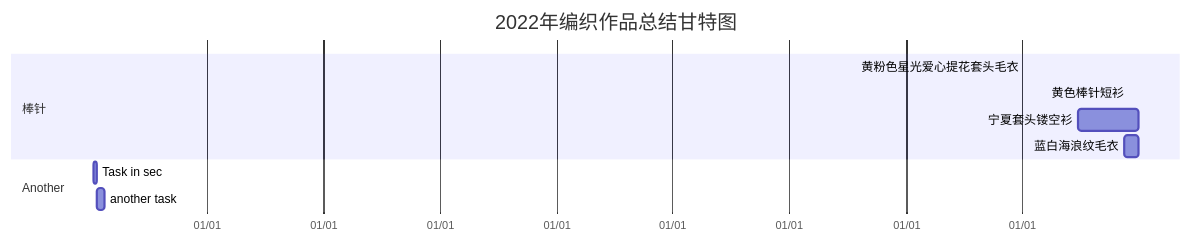
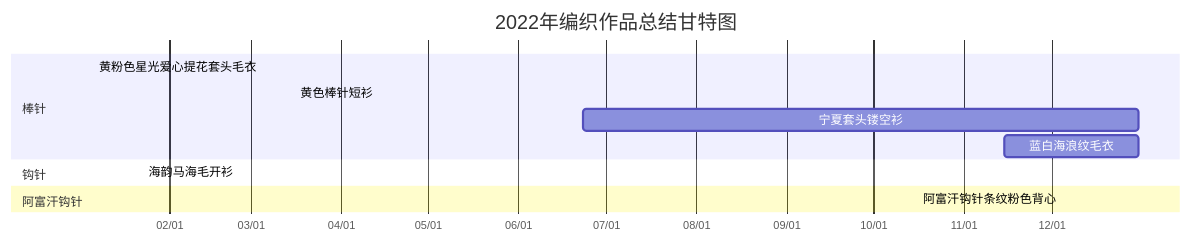
One commit to JiYouMCC/JiYouMCC.github.io changed the diagram in _posts/2019-01-29-86.markdown. Above: the diagram before and after it, drawn with Mermaid.

````diff
--- a/_posts/2019-01-29-86.markdown
+++ b/_posts/2019-01-29-86.markdown
@@ -18,13 +18,14 @@
 ```mermaid
 gantt
     title 2022年编织作品总结甘特图
     axisFormat %m/%d
     section 棒针
     黄粉色星光爱心提花套头毛衣   :done,   a1,2022-01-06, 2022-05-08
     黄色棒针短衫                :done,   2022-03-16, 2022-06-21
     宁夏套头镂空衫              :active  2022-06-23,191d
     蓝白海浪纹毛衣              :active  2022-11-15, 46d 
-    section Another
-    Task in sec      :2014-01-12  , 12d
-    another task      : 24d
+    section 钩针
+    海韵马海毛开衫              :done,  a5,2022-01-23, 2022-11-15 
+    section 阿富汗钩针
+    阿富汗钩针条纹粉色背心       :done,  2022-10-16, 2022-10-30  
 ```
````
